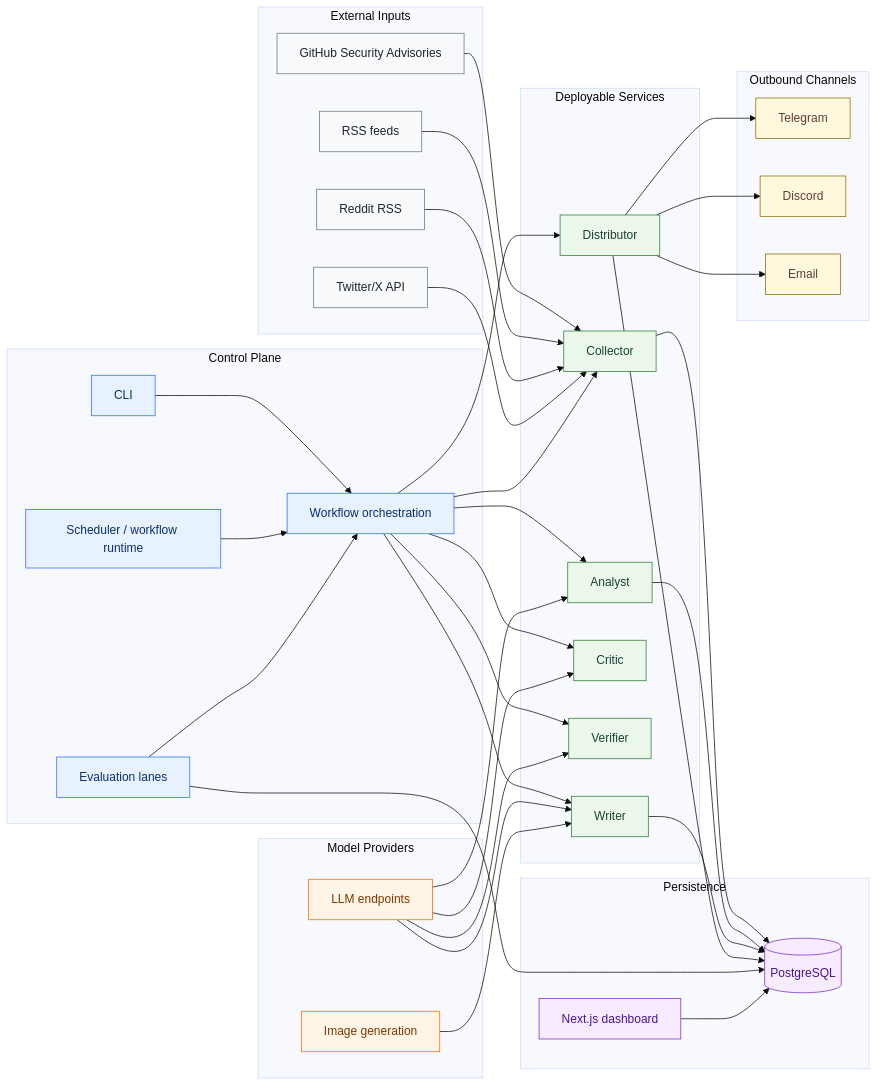
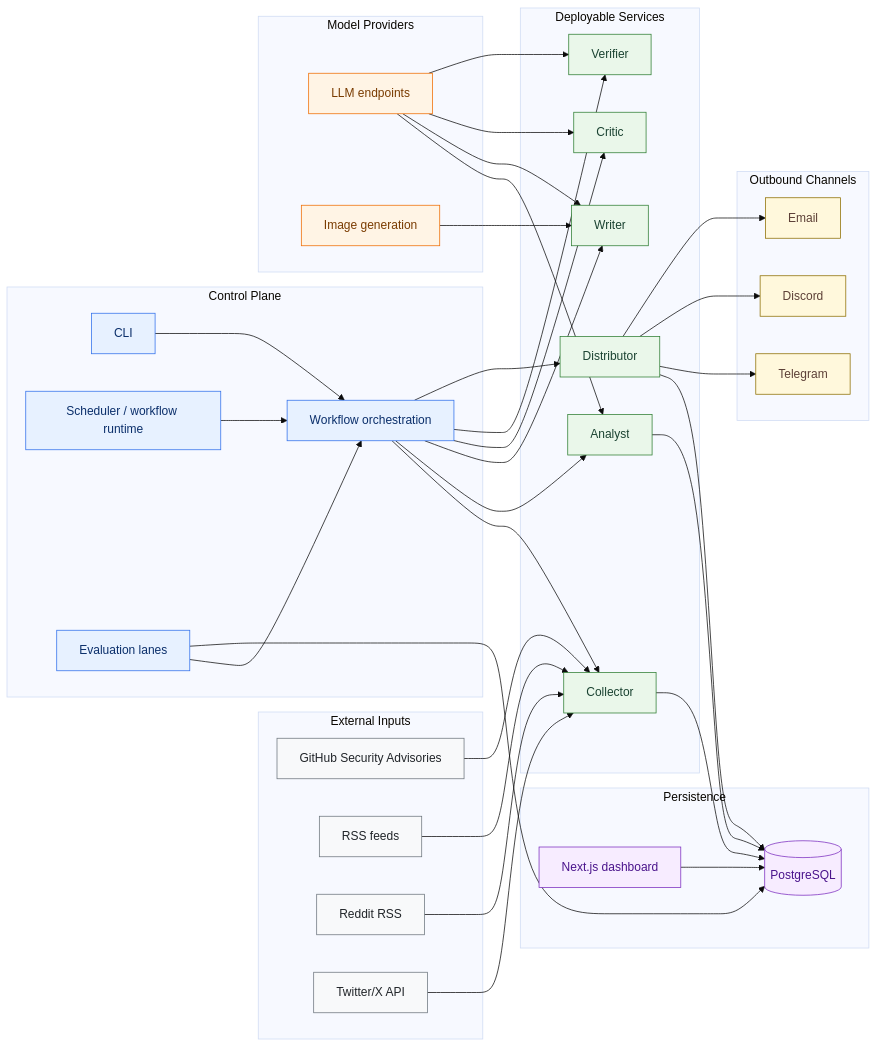
The first of 3 diagrams in README.md (andreyka/broken-cloud-news), drawn with Mermaid (base theme) before and after one commit. The commit also changed other lines of this file and 12 other files, not shown here.

````diff
--- a/README.md
+++ b/README.md
@@ -13,81 +13,80 @@
 ```mermaid
 flowchart LR
     classDef source fill:#f8f9fa,stroke:#6c757d,color:#212529
     classDef control fill:#e7f1ff,stroke:#2f6feb,color:#0b2f6b
     classDef service fill:#eaf7ea,stroke:#2e7d32,color:#1b4332
     classDef store fill:#f7ecff,stroke:#7b2cbf,color:#4a148c
     classDef model fill:#fff4e5,stroke:#ef6c00,color:#7a3b00
     classDef output fill:#fff8dc,stroke:#8d6e00,color:#5d4037
 
     subgraph Inputs["External Inputs"]
         GHSA["GitHub Security Advisories"]:::source
         RSS["RSS feeds"]:::source
         Reddit["Reddit RSS"]:::source
         Twitter["Twitter/X API"]:::source
     end
 
     subgraph Control["Control Plane"]
         CLI["CLI"]:::control
         Scheduler["Scheduler / workflow runtime"]:::control
         Workflows["Workflow orchestration"]:::control
         Eval["Evaluation lanes"]:::control
     end
 
     subgraph Services["Deployable Services"]
         Collector["Collector"]:::service
         Analyst["Analyst"]:::service
         Writer["Writer"]:::service
         Critic["Critic"]:::service
         Verifier["Verifier"]:::service
         Distributor["Distributor"]:::service
     end
 
     subgraph Storage["Persistence"]
         Postgres[("PostgreSQL")]:::store
         Dashboard["Next.js dashboard"]:::store
     end
 
     subgraph Models["Model Providers"]
         LLM["LLM endpoints"]:::model
         Image["Image generation"]:::model
     end
 
     subgraph Outputs["Outbound Channels"]
         Telegram["Telegram"]:::output
         Discord["Discord"]:::output
         Email["Email"]:::output
     end
 
     GHSA --> Collector
     RSS --> Collector
     Reddit --> Collector
     Twitter --> Collector
 
     CLI --> Workflows
     Scheduler --> Workflows
     Eval --> Workflows
 
     Workflows --> Collector
     Workflows --> Analyst
     Workflows --> Writer
     Workflows --> Critic
     Workflows --> Verifier
     Workflows --> Distributor
 
     Collector --> Postgres
     Analyst --> Postgres
-    Writer --> Postgres
     Distributor --> Postgres
     Eval --> Postgres
     Dashboard --> Postgres
 
     LLM --> Analyst
     LLM --> Writer
     LLM --> Critic
     LLM --> Verifier
     Image --> Writer
 
     Distributor --> Telegram
     Distributor --> Discord
     Distributor --> Email
 ```
````
